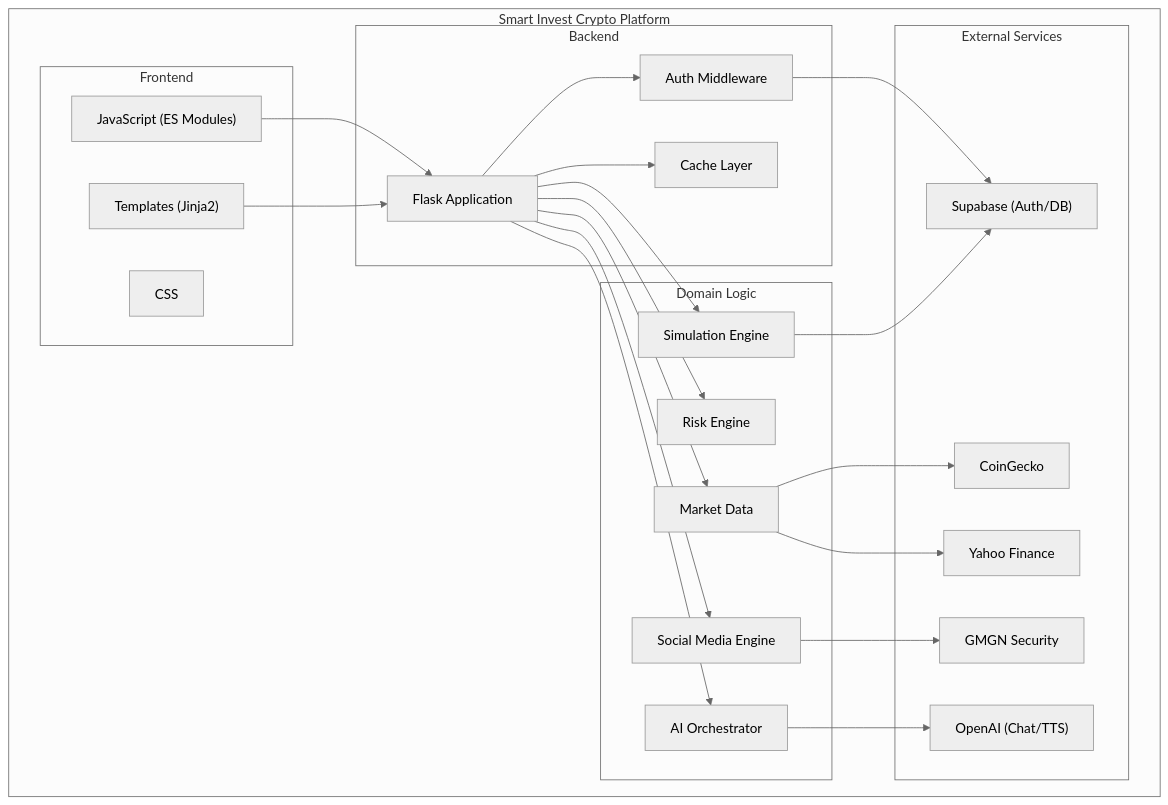
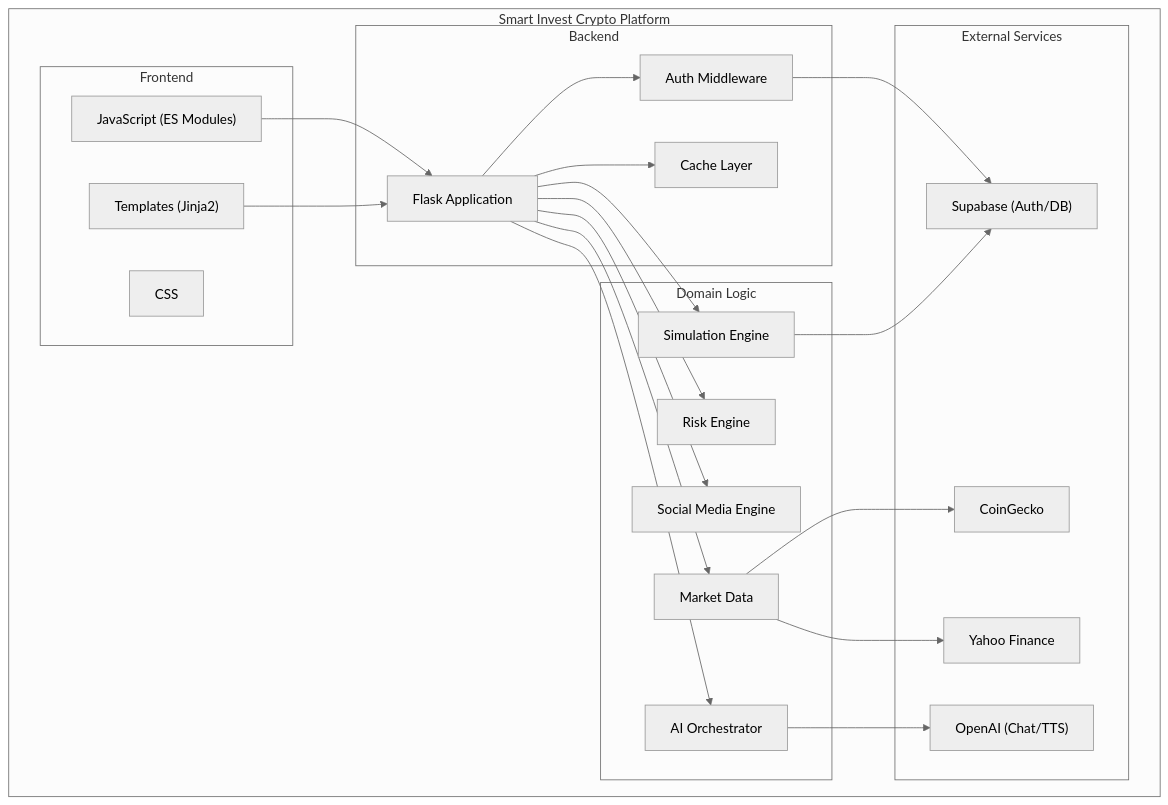
The seventh of 7 diagrams in docs/06-設計模型.md (ziii-11246083/cip), drawn with Mermaid (neutral theme) before and after one commit. The commit also changed other lines of this file and 66 other files, not shown here.

````diff
--- a/docs/06-設計模型.md
+++ b/docs/06-設計模型.md
@@ -343,48 +356,46 @@
 ```mermaid
 graph TB
     subgraph "Smart Invest Crypto Platform"
         subgraph "Frontend"
             FE_Templates["Templates (Jinja2)"]
             FE_CSS["CSS"]
             FE_JS["JavaScript (ES Modules)"]
         end
 
         subgraph "Backend"
             BE_App["Flask Application"]
             BE_Auth["Auth Middleware"]
             BE_Cache["Cache Layer"]
         end
 
         subgraph "Domain Logic"
             DL_Market["Market Data"]
             DL_Risk["Risk Engine"]
             DL_Social["Social Media Engine"]
             DL_AI["AI Orchestrator"]
             DL_Sim["Simulation Engine"]
         end
 
         subgraph "External Services"
             EXT_SB["Supabase (Auth/DB)"]
             EXT_OAI["OpenAI (Chat/TTS)"]
             EXT_CG["CoinGecko"]
             EXT_YF["Yahoo Finance"]
-            EXT_GMGN["GMGN Security"]
         end
     end
 
     FE_Templates --> BE_App
     FE_JS --> BE_App
     BE_App --> BE_Auth
     BE_App --> BE_Cache
     BE_App --> DL_Market
     BE_App --> DL_Risk
     BE_App --> DL_Social
     BE_App --> DL_AI
     BE_App --> DL_Sim
     DL_Market --> EXT_CG
     DL_Market --> EXT_YF
-    DL_Social --> EXT_GMGN
     DL_AI --> EXT_OAI
     DL_Sim --> EXT_SB
     BE_Auth --> EXT_SB
 ```
````
